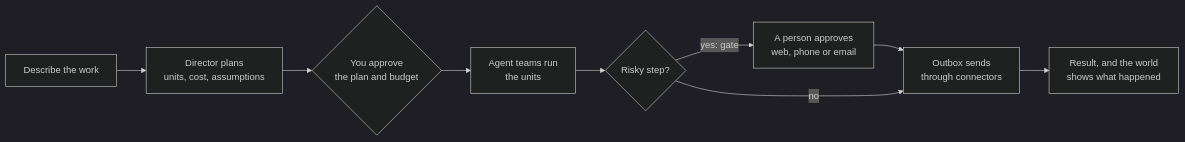
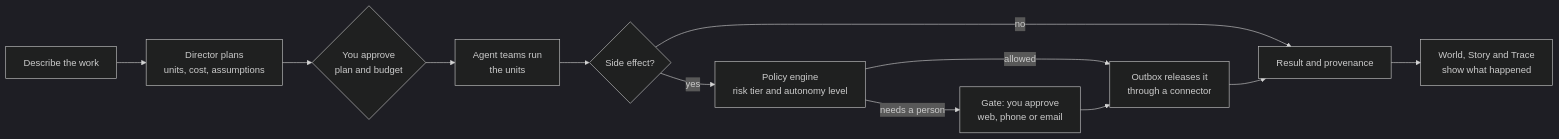
The first of 5 diagrams in README.md (spark-456/tilo), drawn with Mermaid (dark theme) before and after one commit. The commit also changed other lines of this file, not shown here.

Commit message:
docs: detailed README (world, agents, control, architecture, GenAI map, security, evals, honest notes)

````diff
--- a/README.md
+++ b/README.md
@@ -78,11 +95,14 @@
 ```mermaid
 flowchart LR
     A["Describe the work"] --> B["Director plans<br/>units, cost, assumptions"]
-    B --> C{"You approve<br/>the plan and budget"}
+    B --> C{"You approve<br/>plan and budget"}
     C --> D["Agent teams run<br/>the units"]
-    D --> E{"Risky step?"}
-    E -- "yes: gate" --> F["A person approves<br/>web, phone or email"]
-    F --> G["Outbox sends<br/>through connectors"]
-    E -- "no" --> G
-    G --> H["Result, and the world<br/>shows what happened"]
+    D --> E{"Side effect?"}
+    E -- "yes" --> F["Policy engine<br/>risk tier and autonomy level"]
+    F -- "needs a person" --> G["Gate: you approve<br/>web, phone or email"]
+    F -- "allowed" --> H["Outbox releases it<br/>through a connector"]
+    G --> H
+    E -- "no" --> I["Result and provenance"]
+    H --> I
+    I --> J["World, Story and Trace<br/>show what happened"]
 ```
````
